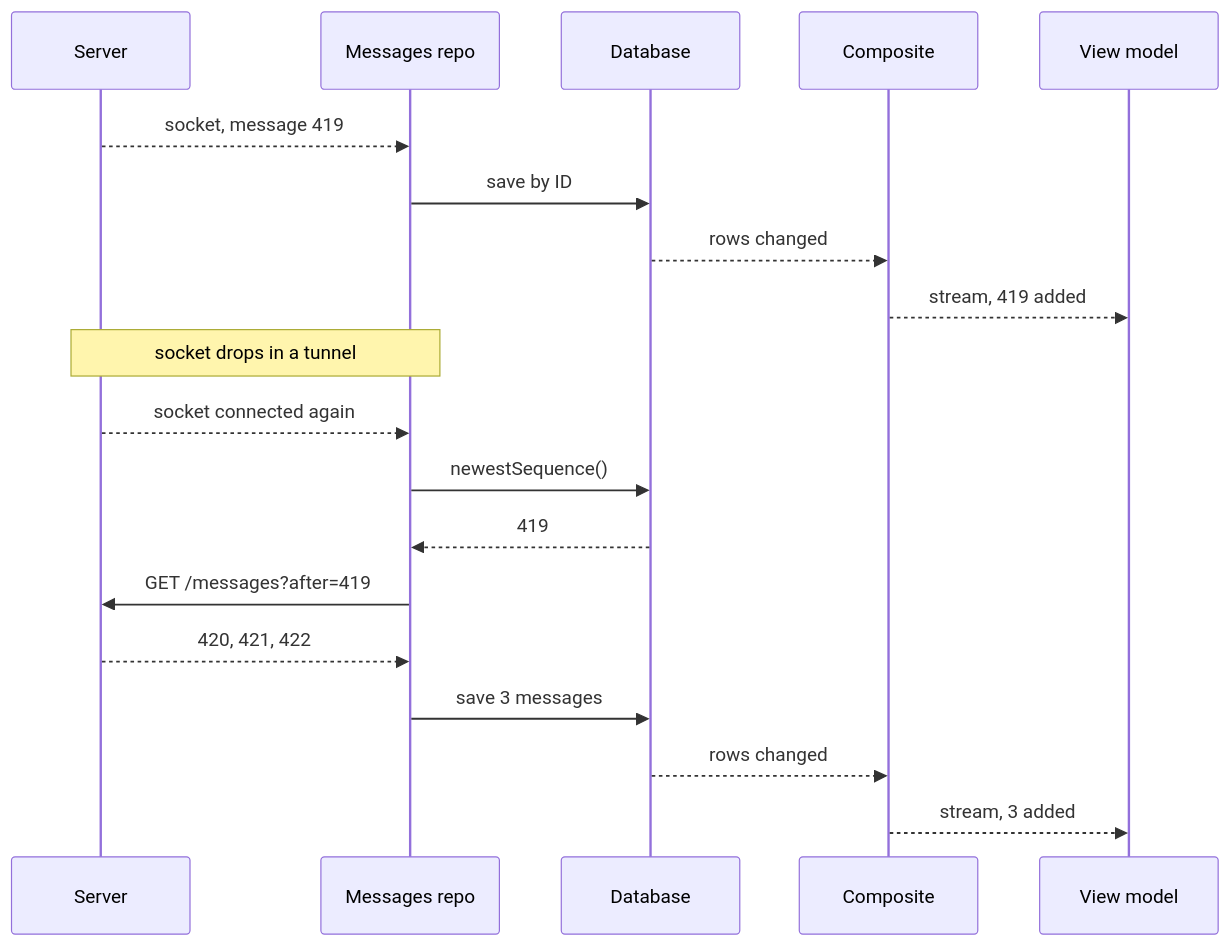
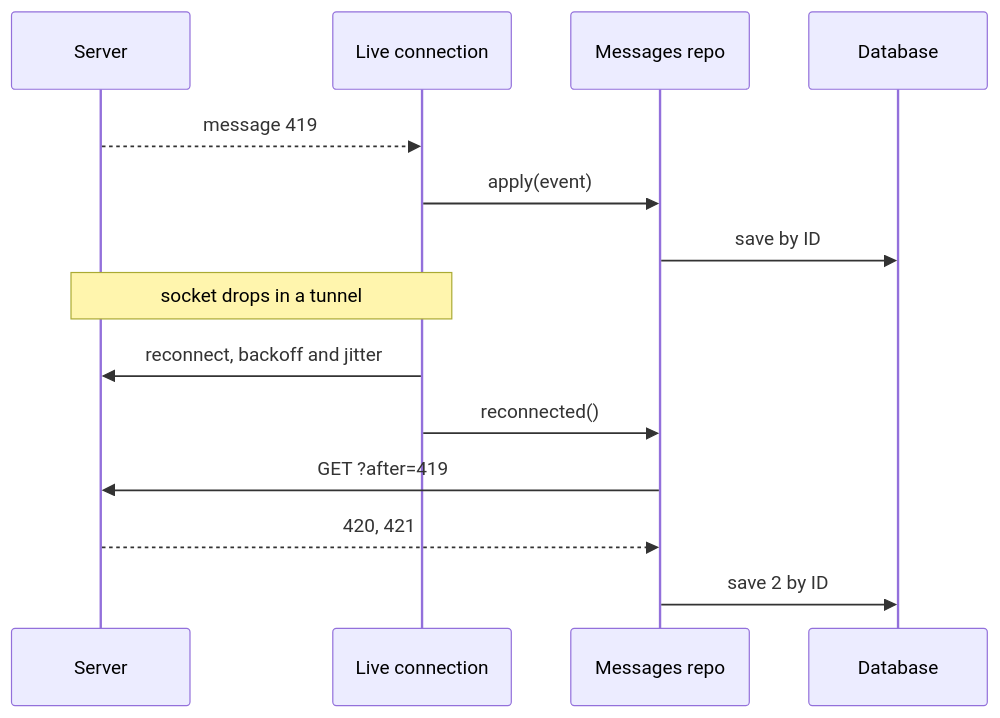
One commit to rezabina86/reference-desk changed the fourth of 5 diagrams in topics/system-design/03-chat-client.md. Above: the diagram before and after it, drawn with Mermaid. The commit also changed other lines of this file and 19 other files, not shown here.

````diff
--- a/topics/system-design/03-chat-client.md
+++ b/topics/system-design/03-chat-client.md
@@ -391,21 +553,16 @@
 ```mermaid
 sequenceDiagram
   participant S as Server
+  participant L as Live connection
   participant M as Messages repo
   participant DB as Database
-  participant C as Composite
-  participant VM as View model
-  S-->>M: socket, message 419
+  S-->>L: message 419
+  L->>M: apply(event)
   M->>DB: save by ID
-  DB-->>C: rows changed
-  C-->>VM: stream, 419 added
-  Note over S,M: socket drops in a tunnel
-  S-->>M: socket connected again
-  M->>DB: newestSequence()
-  DB-->>M: 419
-  M->>S: GET /messages?after=419
-  S-->>M: 420, 421, 422
-  M->>DB: save 3 messages
-  DB-->>C: rows changed
-  C-->>VM: stream, 3 added
+  Note over S,L: socket drops in a tunnel
+  L->>S: reconnect, backoff and jitter
+  L->>M: reconnected()
+  M->>S: GET ?after=419
+  S-->>M: 420, 421
+  M->>DB: save 2 by ID
 ```
````
